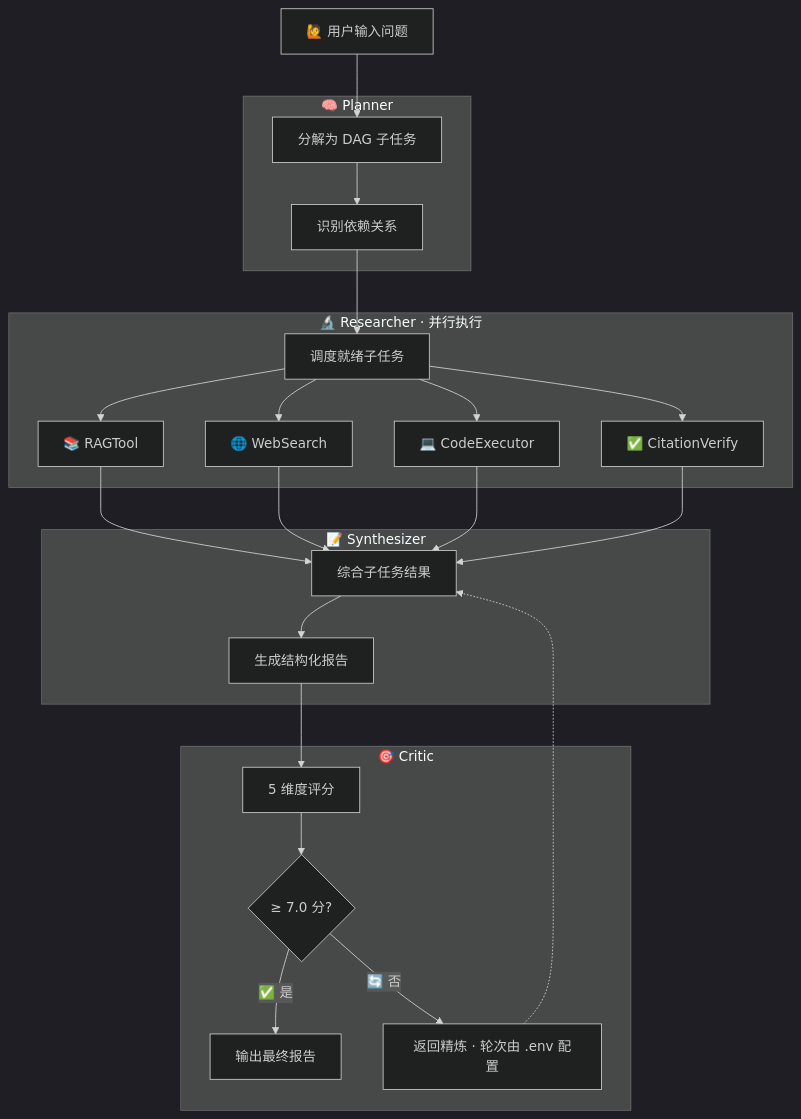
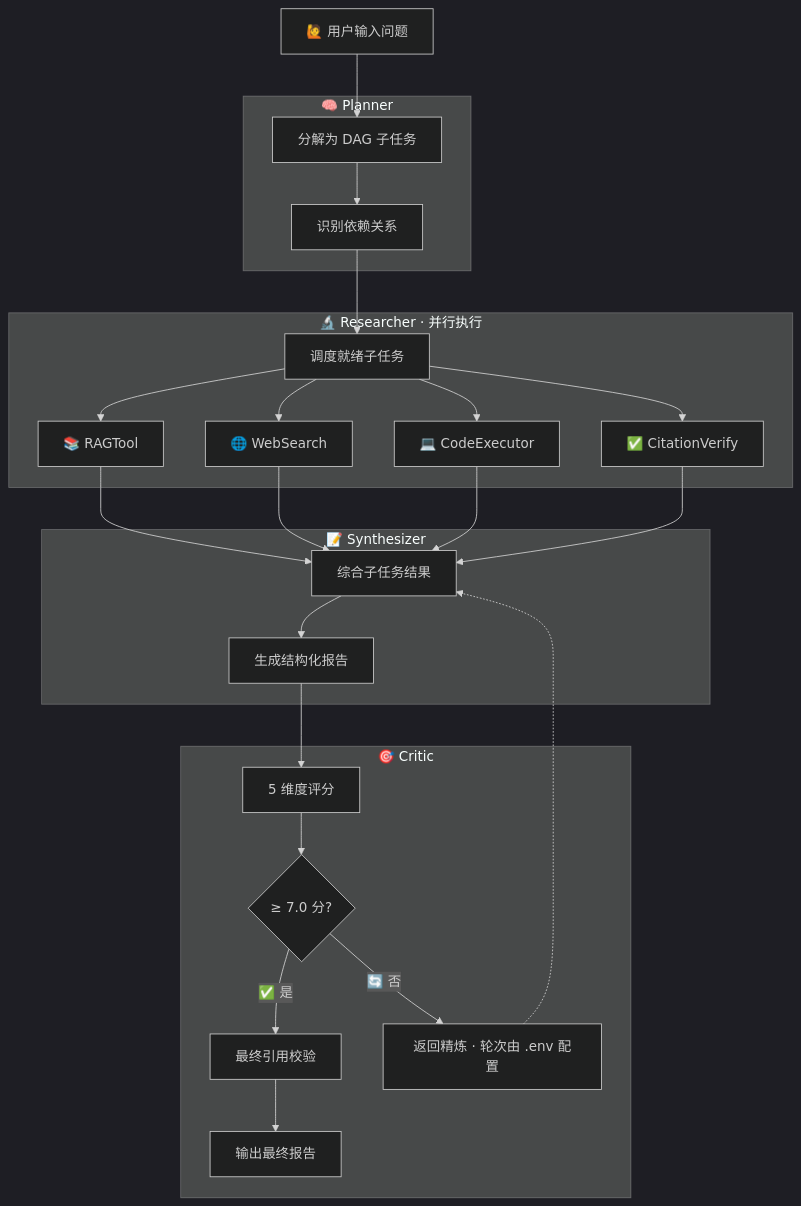
The diagram in README.md (blankbrains/MindForge), drawn with Mermaid (dark theme) before and after one commit. The commit also changed other lines of this file and 57 other files, not shown here.

````diff
--- a/README.md
+++ b/README.md
@@ -39,33 +39,34 @@
 ```mermaid
 flowchart TD
     A[🙋 用户输入问题] --> B1
     subgraph B[🧠 Planner]
         B1[分解为 DAG 子任务] --> B2[识别依赖关系]
     end
     B2 --> C0
     subgraph C[🔬 Researcher · 并行执行]
         C0[调度就绪子任务]
         C1[📚 RAGTool]
         C2[🌐 WebSearch]
         C3[💻 CodeExecutor]
         C4[✅ CitationVerify]
     end
     C0 --> C1
     C0 --> C2
     C0 --> C3
     C0 --> C4
     C1 --> D1
     C2 --> D1
     C3 --> D1
     C4 --> D1
     subgraph D[📝 Synthesizer]
         D1[综合子任务结果] --> D2[生成结构化报告]
     end
     D2 --> E1
     subgraph E[🎯 Critic]
         E1[5 维度评分] --> E2{"≥ 7.0 分?"}
-        E2 -- ✅ 是 --> E3[输出最终报告]
+        E2 -- ✅ 是 --> E3[最终引用校验]
+        E3 --> E5[输出最终报告]
         E2 -- 🔄 否 --> E4[返回精炼 · 轮次由 .env 配置]
     end
     E4 -.-> D1
 ```
````
